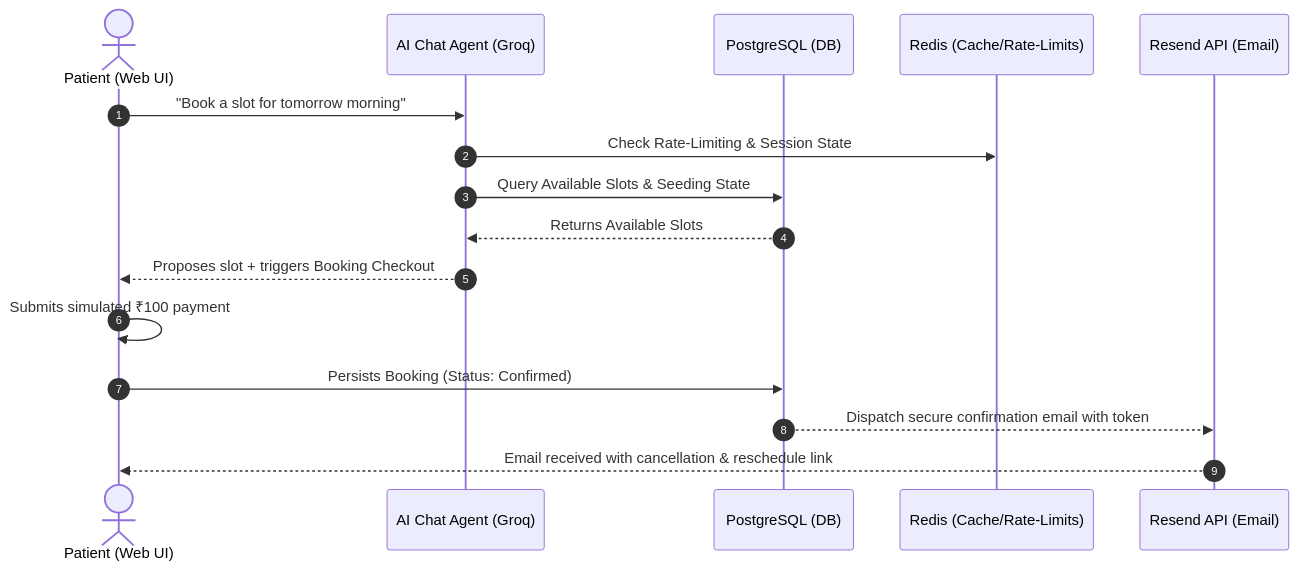
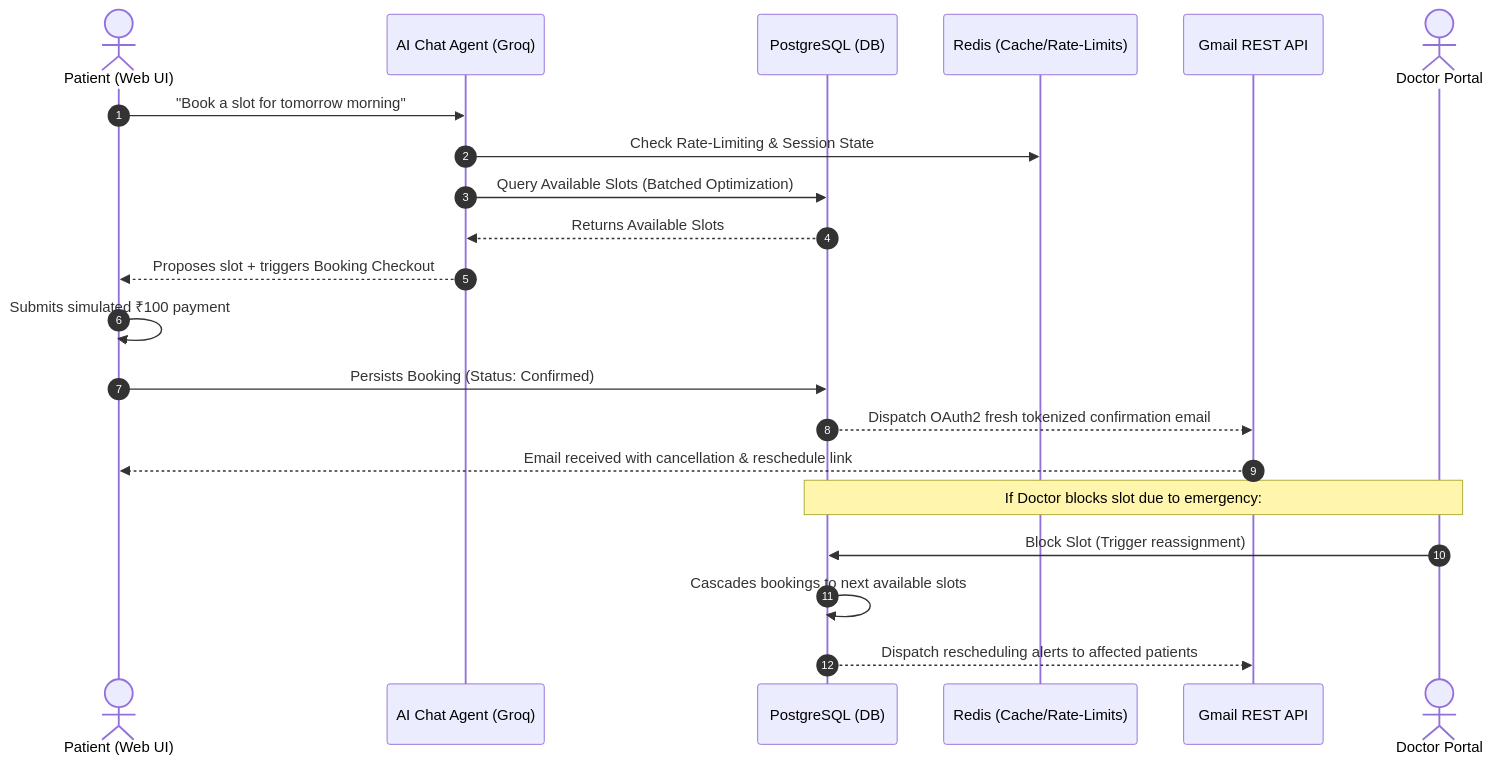
The diagram in README.md (MKinCODE/MKura), drawn with Mermaid before and after one commit. The commit also changed other lines of this file and 2 other files, not shown here.

Commit message:
database optimization and readme updation

````diff
--- a/README.md
+++ b/README.md
@@ -27,19 +28,25 @@
 ```mermaid
 sequenceDiagram
     autonumber
     actor Patient as Patient (Web UI)
     participant Chat as AI Chat Agent (Groq)
     participant DB as PostgreSQL (DB)
     participant UpStash as Redis (Cache/Rate-Limits)
-    participant Email as Resend API (Email)
+    participant Gmail as Gmail REST API
+    actor Doctor as Doctor Portal
 
     Patient->>Chat: "Book a slot for tomorrow morning"
     Chat->>UpStash: Check Rate-Limiting & Session State
-    Chat->>DB: Query Available Slots & Seeding State
+    Chat->>DB: Query Available Slots (Batched Optimization)
     DB-->>Chat: Returns Available Slots
     Chat-->>Patient: Proposes slot + triggers Booking Checkout
     Patient->>Patient: Submits simulated ₹100 payment
     Patient->>DB: Persists Booking (Status: Confirmed)
-    DB-->>Email: Dispatch secure confirmation email with token
-    Email-->>Patient: Email received with cancellation & reschedule link
+    DB-->>Gmail: Dispatch OAuth2 fresh tokenized confirmation email
+    Gmail-->>Patient: Email received with cancellation & reschedule link
+    
+    Note over Doctor, DB: If Doctor blocks slot due to emergency:
+    Doctor->>DB: Block Slot (Trigger reassignment)
+    DB->>DB: Cascades bookings to next available slots
+    DB-->>Gmail: Dispatch rescheduling alerts to affected patients
 ```
````
